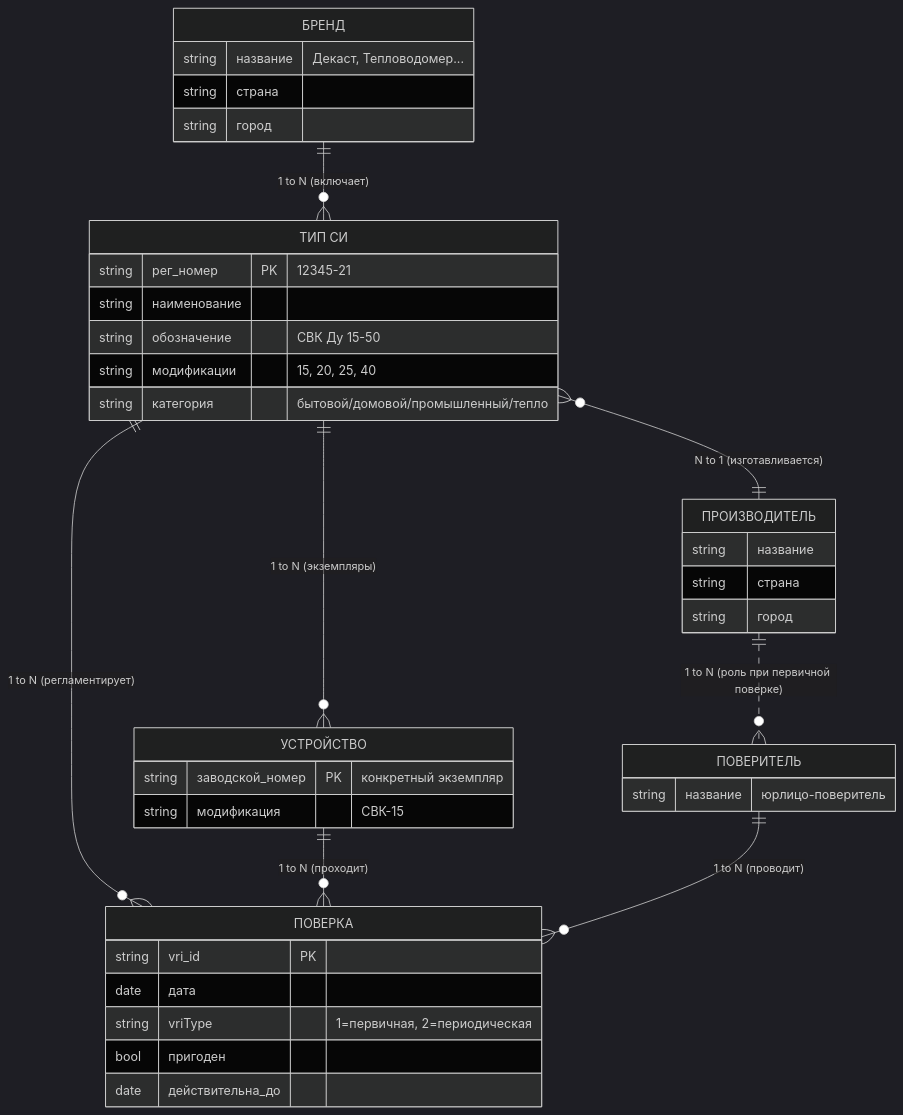
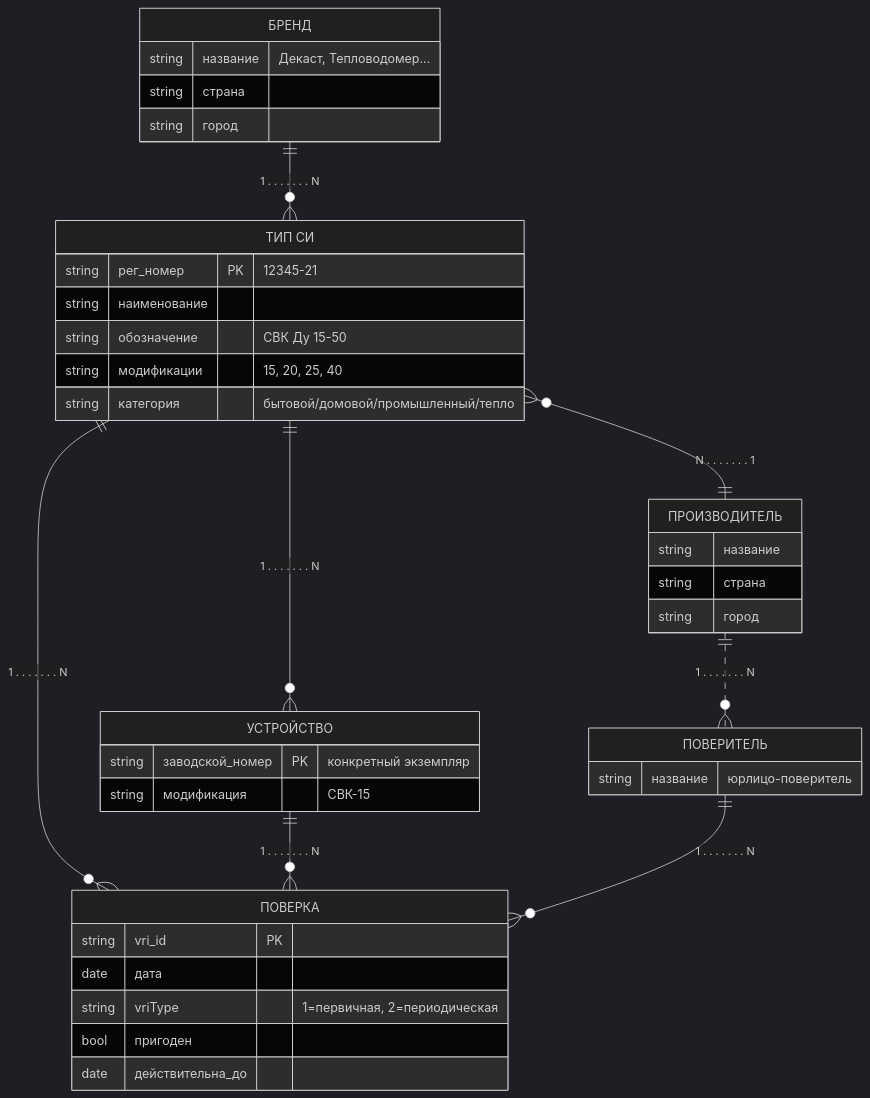
Before and after one commit to toptyga88/ARSHIN: the diagram in README.md, drawn with Mermaid (dark theme).

````diff
--- a/README.md
+++ b/README.md
@@ -22,47 +22,47 @@
 ```mermaid
 erDiagram
-    БРЕНД ||--o{ "ТИП СИ" : "1 to N (включает)"
-    "ТИП СИ" }o--|| ПРОИЗВОДИТЕЛЬ : "N to 1 (изготавливается)"
-    "ТИП СИ" ||--o{ УСТРОЙСТВО : "1 to N (экземпляры)"
-    "ТИП СИ" ||--o{ ПОВЕРКА : "1 to N (регламентирует)"
-    УСТРОЙСТВО ||--o{ ПОВЕРКА : "1 to N (проходит)"
-    ПОВЕРИТЕЛЬ ||--o{ ПОВЕРКА : "1 to N (проводит)"
-    ПРОИЗВОДИТЕЛЬ ||..o{ ПОВЕРИТЕЛЬ : "1 to N (роль при первичной поверке)"
+    БРЕНД ||--o{ "ТИП СИ" : "1 . . . . . . . N"
+    "ТИП СИ" }o--|| ПРОИЗВОДИТЕЛЬ : "N . . . . . . . 1"
+    "ТИП СИ" ||--o{ УСТРОЙСТВО : "1 . . . . . . . N"
+    "ТИП СИ" ||--o{ ПОВЕРКА : "1 . . . . . . . N"
+    УСТРОЙСТВО ||--o{ ПОВЕРКА : "1 . . . . . . . N"
+    ПОВЕРИТЕЛЬ ||--o{ ПОВЕРКА : "1 . . . . . . . N"
+    ПРОИЗВОДИТЕЛЬ ||..o{ ПОВЕРИТЕЛЬ : "1 . . . . . . . N"
 
     БРЕНД {
         string название "Декаст, Тепловодомер..."
         string страна
         string город
     }
 
     "ТИП СИ" {
         string рег_номер PK "12345-21"
         string наименование
         string обозначение "СВК Ду 15-50"
         string модификации "15, 20, 25, 40"
         string категория "бытовой/домовой/промышленный/тепло"
     }
 
     ПРОИЗВОДИТЕЛЬ {
         string название
         string страна
         string город
     }
 
     УСТРОЙСТВО {
         string заводской_номер PK "конкретный экземпляр"
         string модификация "СВК-15"
     }
 
     ПОВЕРКА {
         string vri_id PK
         date дата
         string vriType "1=первичная, 2=периодическая"
         bool пригоден
         date действительна_до
     }
 
     ПОВЕРИТЕЛЬ {
         string название "юрлицо-поверитель"
     }
 ```
````
